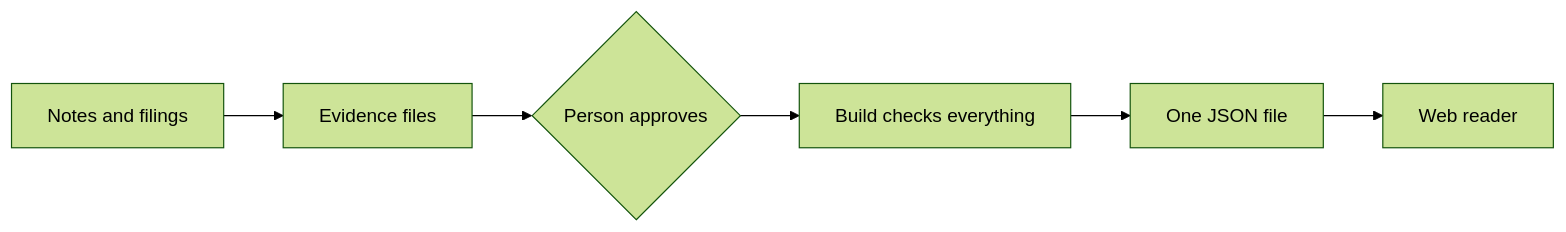
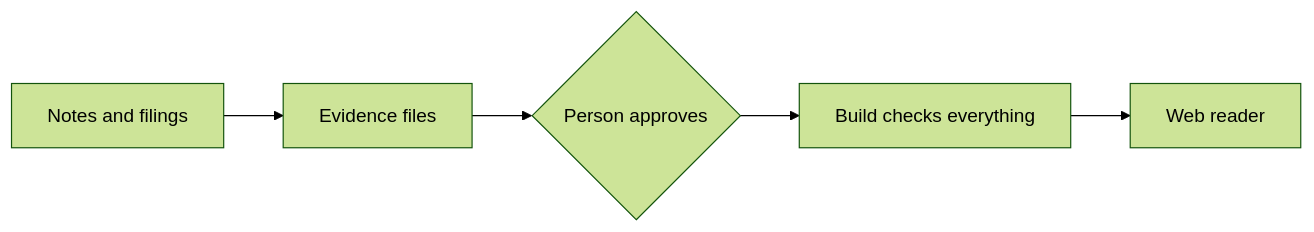
Before and after one commit to aashrayap/semi-stocks-2: the diagram in README.md, drawn with Mermaid (forest theme). The commit also changed other lines of this file and 6 other files, not shown here.

````diff
--- a/README.md
+++ b/README.md
@@ -7,8 +7,7 @@
 ```mermaid
 flowchart LR
   A[Notes and filings] --> B[Evidence files]
   B --> C{Person approves}
   C --> D[Build checks everything]
-  D --> E[One JSON file]
-  E --> F[Web reader]
+  D --> E[Web reader]
 ```
````
